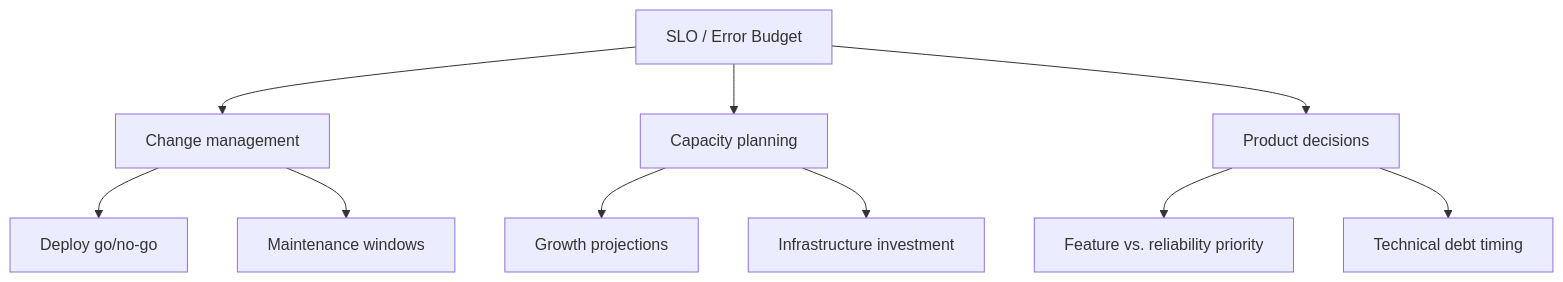
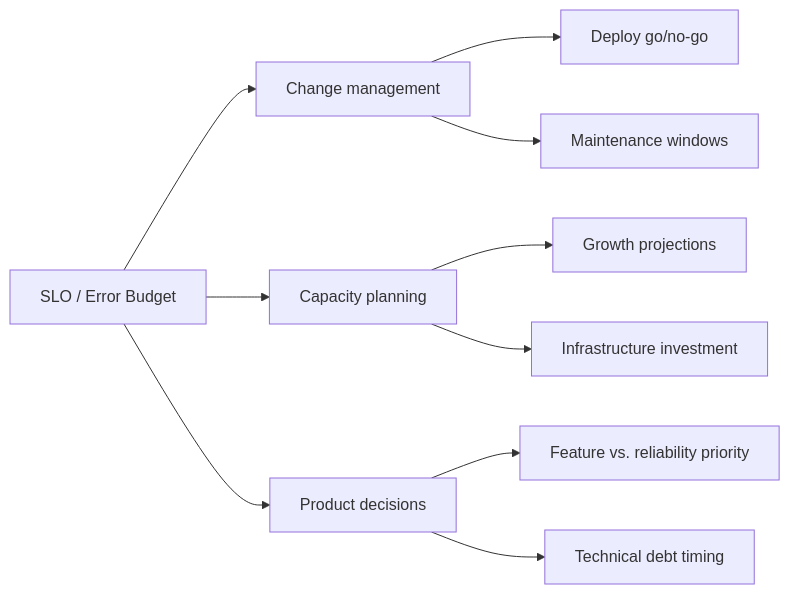
One commit to radra23/scryops-site changed the sixth of 6 diagrams in content/guides/slos-and-error-budgets.md. Above: the diagram before and after it, drawn with Mermaid. The commit also changed 23 other files, not shown here.

First line of the commit message:
content: redraw the nine widest Mermaid diagrams to fit the card

```diff
--- a/content/guides/slos-and-error-budgets.md
+++ b/content/guides/slos-and-error-budgets.md
@@ -134,12 +134,12 @@
 {{< mermaid caption="Fig. — The error budget feeds three business processes directly: deploy go/no-go decisions, capacity investment timing, and the feature-versus-reliability tradeoff." >}}
-graph TD
+graph LR
     A[SLO / Error Budget] --> B[Change management]
     A --> C[Capacity planning]
     A --> D[Product decisions]
     B --> B1[Deploy go/no-go]
     B --> B2[Maintenance windows]
     C --> C1[Growth projections]
     C --> C2[Infrastructure investment]
     D --> D1[Feature vs. reliability priority]
     D --> D2[Technical debt timing]
 {{< /mermaid >}}
```
